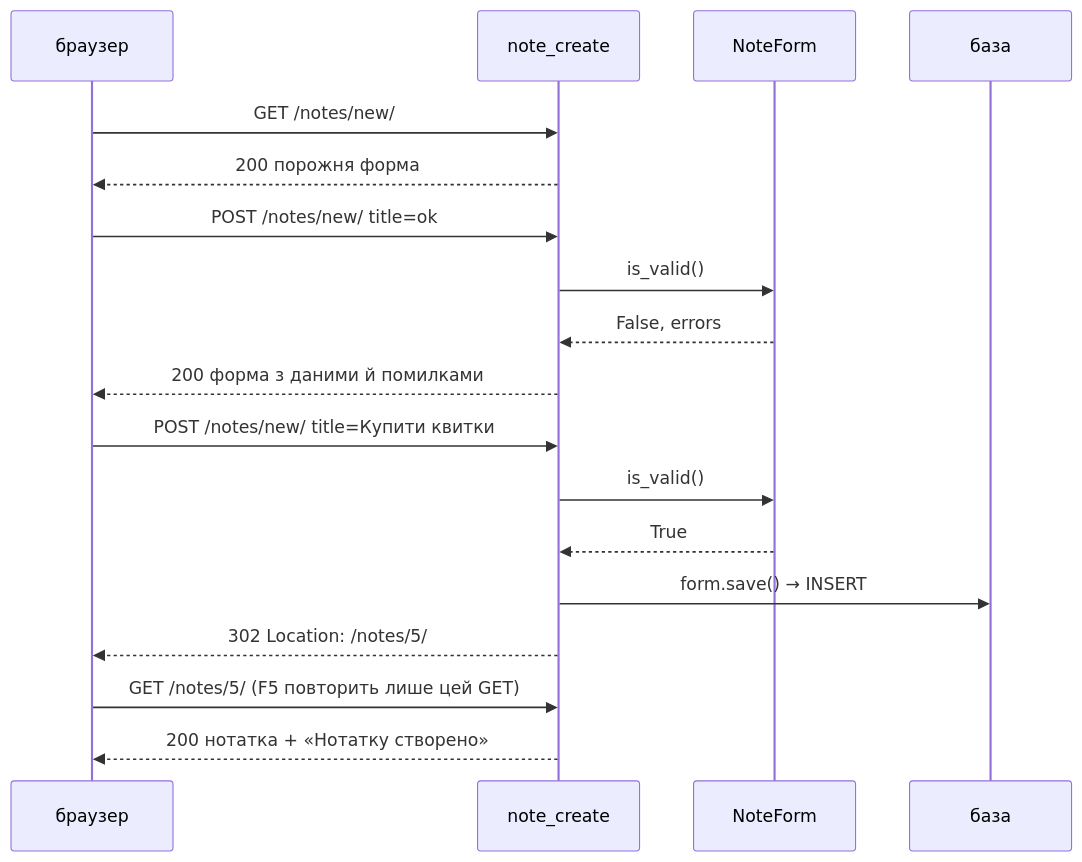
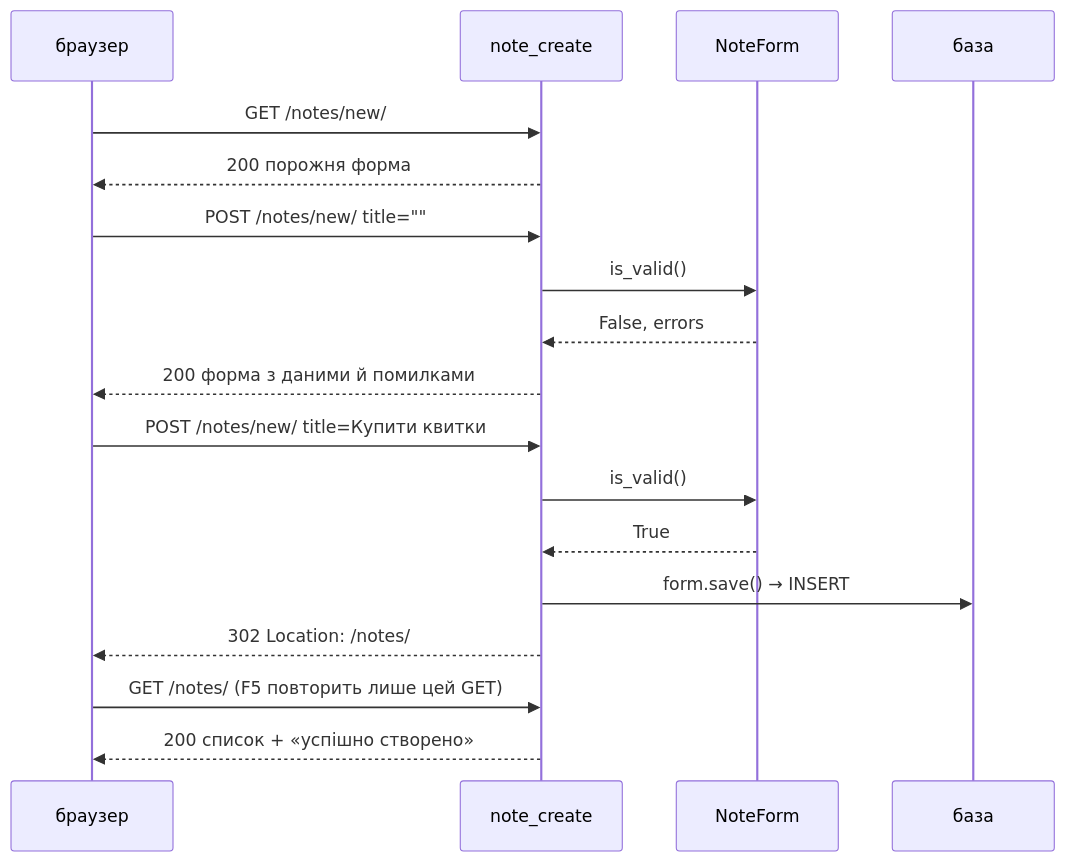
Before and after one commit to AlinaRadchenko/PY-Course-Victor-Nikoriak-22-09-2026: the second of 4 diagrams in docs/modules/m4/lesson_34.md, drawn with Mermaid. The commit also changed other lines of this file and 100 other files, not shown here.

````diff
--- a/docs/modules/m4/lesson_34.md
+++ b/docs/modules/m4/lesson_34.md
@@ -307,20 +186,20 @@
 ```mermaid
 sequenceDiagram
     participant B as браузер
     participant V as note_create
     participant F as NoteForm
     participant DB as база
     B->>V: GET /notes/new/
     V-->>B: 200 порожня форма
-    B->>V: POST /notes/new/ title=ok
+    B->>V: POST /notes/new/ title=""
     V->>F: is_valid()
     F-->>V: False, errors
     V-->>B: 200 форма з даними й помилками
     B->>V: POST /notes/new/ title=Купити квитки
     V->>F: is_valid()
     F-->>V: True
     V->>DB: form.save() → INSERT
-    V-->>B: 302 Location: /notes/5/
-    B->>V: GET /notes/5/ (F5 повторить лише цей GET)
-    V-->>B: 200 нотатка + «Нотатку створено»
+    V-->>B: 302 Location: /notes/
+    B->>V: GET /notes/ (F5 повторить лише цей GET)
+    V-->>B: 200 список + «успішно створено»
 ```
````
